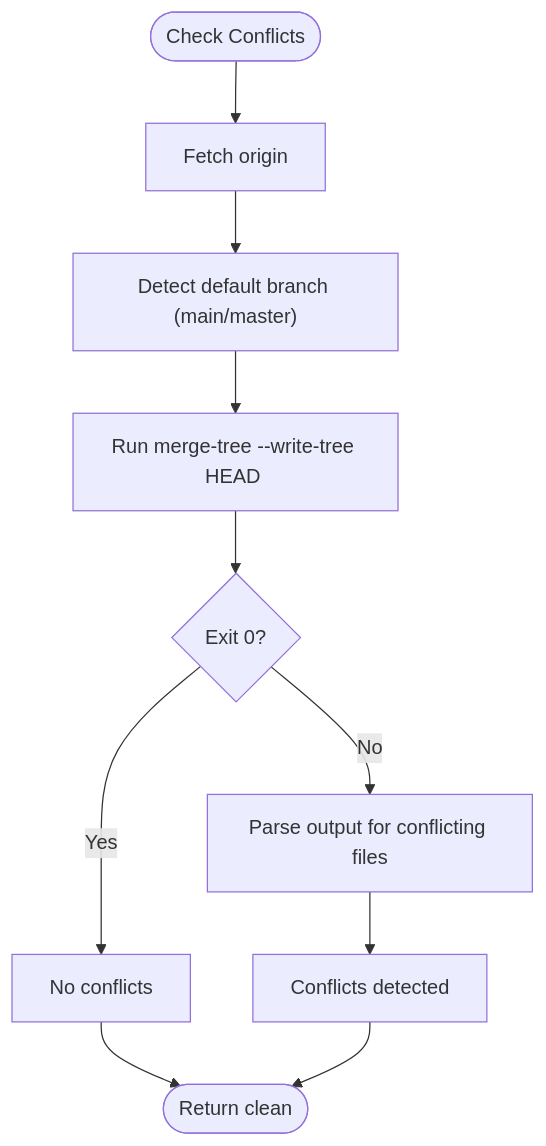
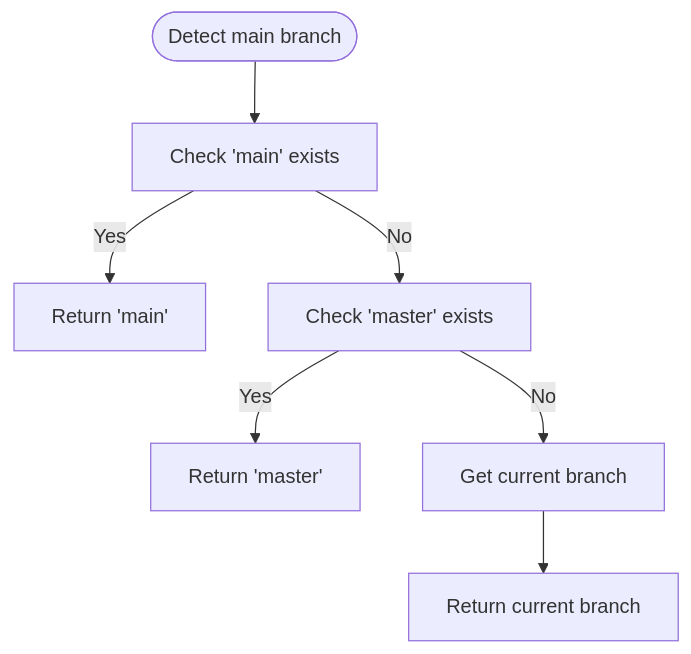
The third of 8 diagrams in .qoder/repowiki/en/content/Git Integration/Branch Operations.md (bramburn/agtx), drawn with Mermaid before and after one commit. The commit also changed other lines of this file and 140 other files, not shown here.

````diff
--- a/.qoder/repowiki/en/content/Git Integration/Branch Operations.md
+++ b/.qoder/repowiki/en/content/Git Integration/Branch Operations.md
@@ -180,12 +127,9 @@
 ```mermaid
 flowchart TD
-Start(["Check Conflicts"]) --> Fetch["Fetch origin"]
-Fetch --> DetectMain["Detect default branch (main/master)"]
-DetectMain --> MergeTree["Run merge-tree --write-tree HEAD <default>"]
-MergeTree --> ExitZero{"Exit 0?"}
-ExitZero --> |Yes| Clean["No conflicts"]
-ExitZero --> |No| Parse["Parse output for conflicting files"]
-Parse --> Conflicts["Conflicts detected"]
-Clean --> End(["Return clean"])
-Conflicts --> End
+Start(["Detect main branch"]) --> CheckMain["Check 'main' exists"]
+CheckMain --> |Yes| ReturnMain["Return 'main'"]
+CheckMain --> |No| CheckMaster["Check 'master' exists"]
+CheckMaster --> |Yes| ReturnMaster["Return 'master'"]
+CheckMaster --> |No| GetCurrent["Get current branch"]
+GetCurrent --> ReturnCurrent["Return current branch"]
 ```
````
